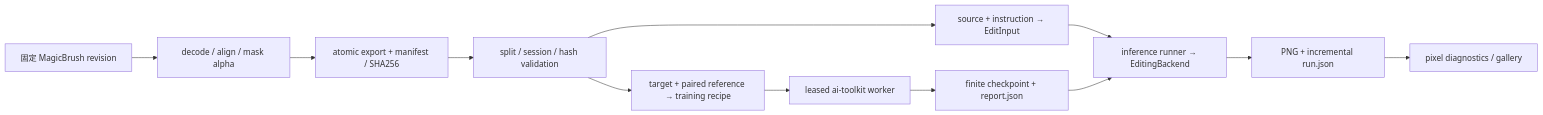
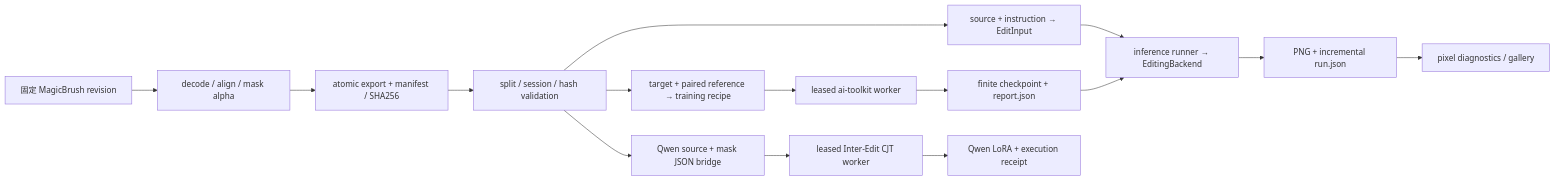
Before and after one commit to Vincent-Wenhan/image-editing: the diagram in docs/architecture.md, drawn with Mermaid. The commit also changed other lines of this file and 12 other files, not shown here.

Commit message:
feat(qwen): add leased CJT pilot bridge

````diff
--- a/docs/architecture.md
+++ b/docs/architecture.md
@@ -381,14 +385,17 @@
 ```mermaid
 flowchart LR
     A[固定 MagicBrush revision] --> B[decode / align / mask alpha]
     B --> C[atomic export + manifest / SHA256]
     C --> D[split / session / hash validation]
     D --> E[source + instruction → EditInput]
     E --> F[inference runner → EditingBackend]
     F --> G[PNG + incremental run.json]
     G --> H[pixel diagnostics / gallery]
     D --> I[target + paired reference → training recipe]
     I --> J[leased ai-toolkit worker]
     J --> K[finite checkpoint + report.json]
     K --> F
+    D --> L[Qwen source + mask JSON bridge]
+    L --> M[leased Inter-Edit CJT worker]
+    M --> N[Qwen LoRA + execution receipt]
 ```
````
